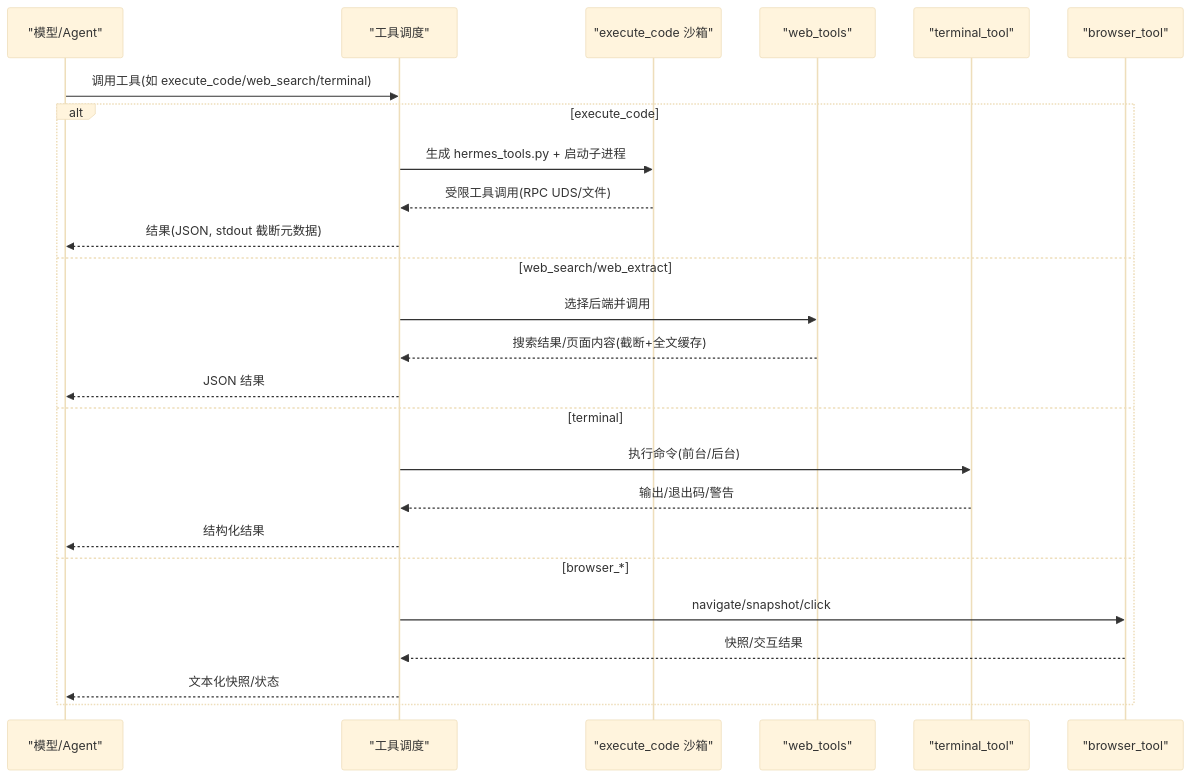
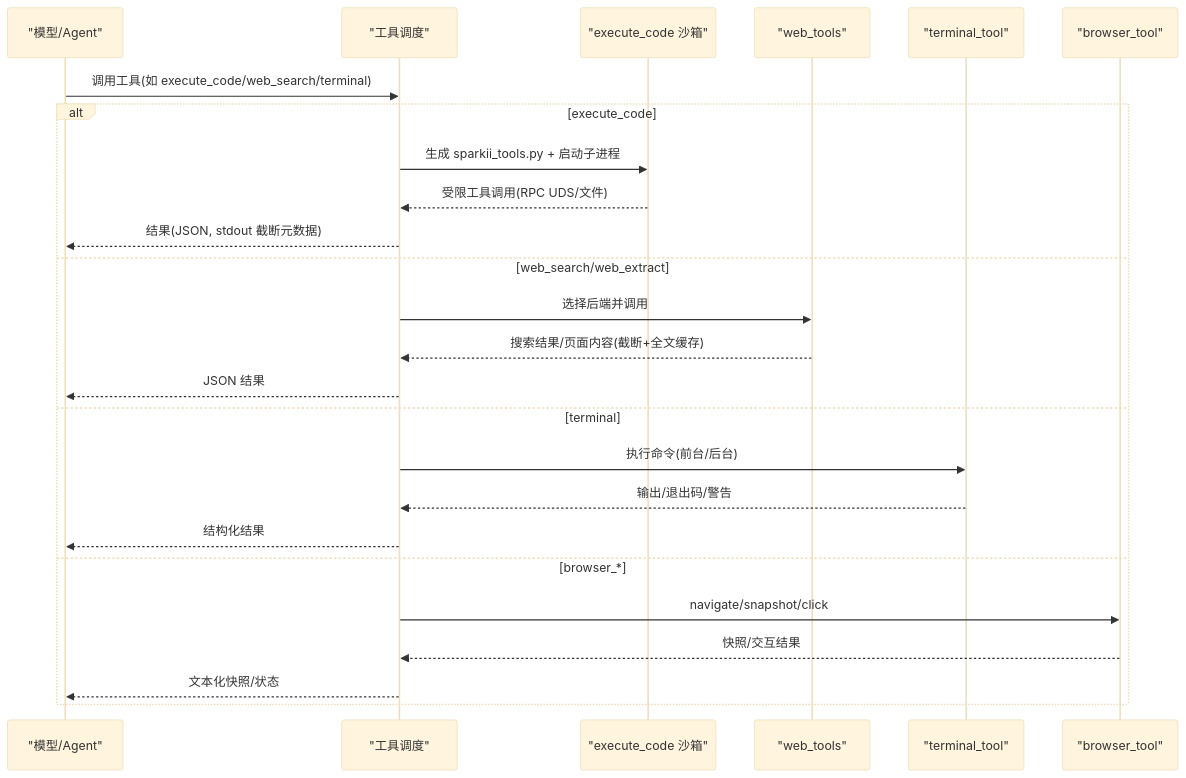
Before and after one commit to YueDJ/SpaikiiDesktop: the second of 8 diagrams in .qoder/repowiki/zh/content/项目概述/核心特性/工具生态系统/内置工具集/内置工具集.md, drawn with Mermaid (base theme). The commit also changed other lines of this file and 299 other files, not shown here.

````diff
--- a/.qoder/repowiki/zh/content/项目概述/核心特性/工具生态系统/内置工具集/内置工具集.md
+++ b/.qoder/repowiki/zh/content/项目概述/核心特性/工具生态系统/内置工具集/内置工具集.md
@@ -107,27 +107,27 @@
 ```mermaid
 sequenceDiagram
 participant Model as "模型/Agent"
 participant Dispatch as "工具调度"
 participant Sandbox as "execute_code 沙箱"
 participant Web as "web_tools"
 participant Term as "terminal_tool"
 participant Browser as "browser_tool"
 Model->>Dispatch : 调用工具(如 execute_code/web_search/terminal)
 alt execute_code
-Dispatch->>Sandbox : 生成 hermes_tools.py + 启动子进程
+Dispatch->>Sandbox : 生成 sparkii_tools.py + 启动子进程
 Sandbox-->>Dispatch : 受限工具调用(RPC UDS/文件)
 Dispatch-->>Model : 结果(JSON, stdout 截断元数据)
 else web_search/web_extract
 Dispatch->>Web : 选择后端并调用
 Web-->>Dispatch : 搜索结果/页面内容(截断+全文缓存)
 Dispatch-->>Model : JSON 结果
 else terminal
 Dispatch->>Term : 执行命令(前台/后台)
 Term-->>Dispatch : 输出/退出码/警告
 Dispatch-->>Model : 结构化结果
 else browser_*
 Dispatch->>Browser : navigate/snapshot/click
 Browser-->>Dispatch : 快照/交互结果
 Dispatch-->>Model : 文本化快照/状态
 end
 ```
````
